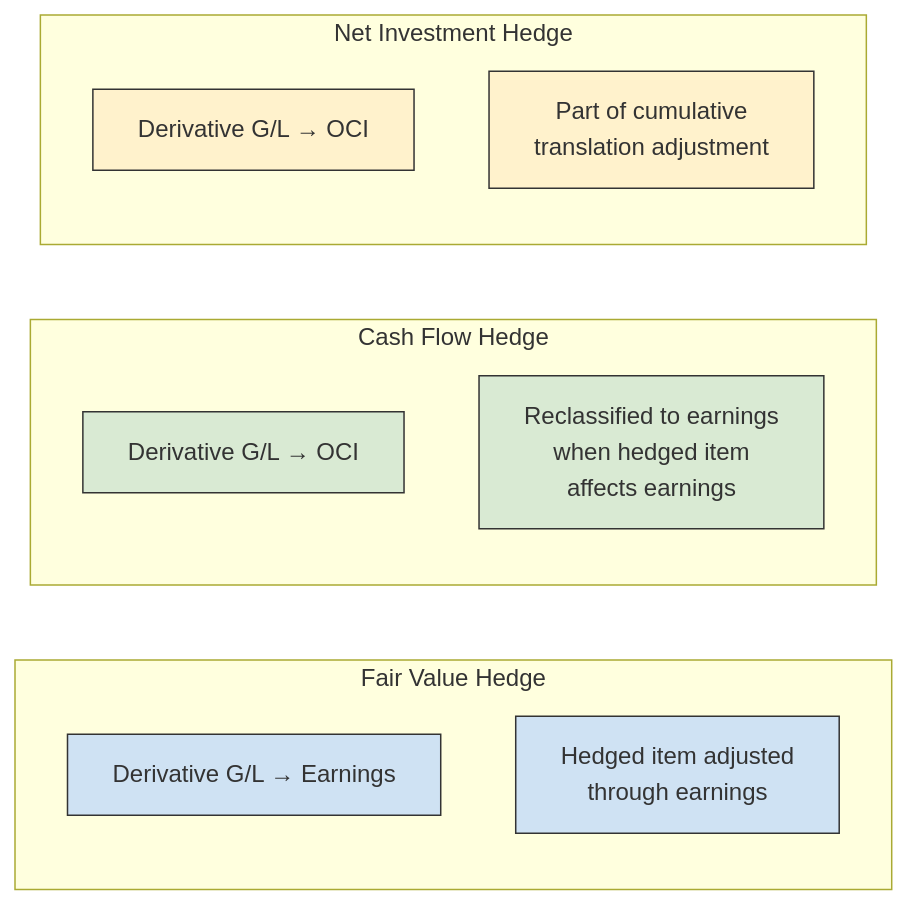
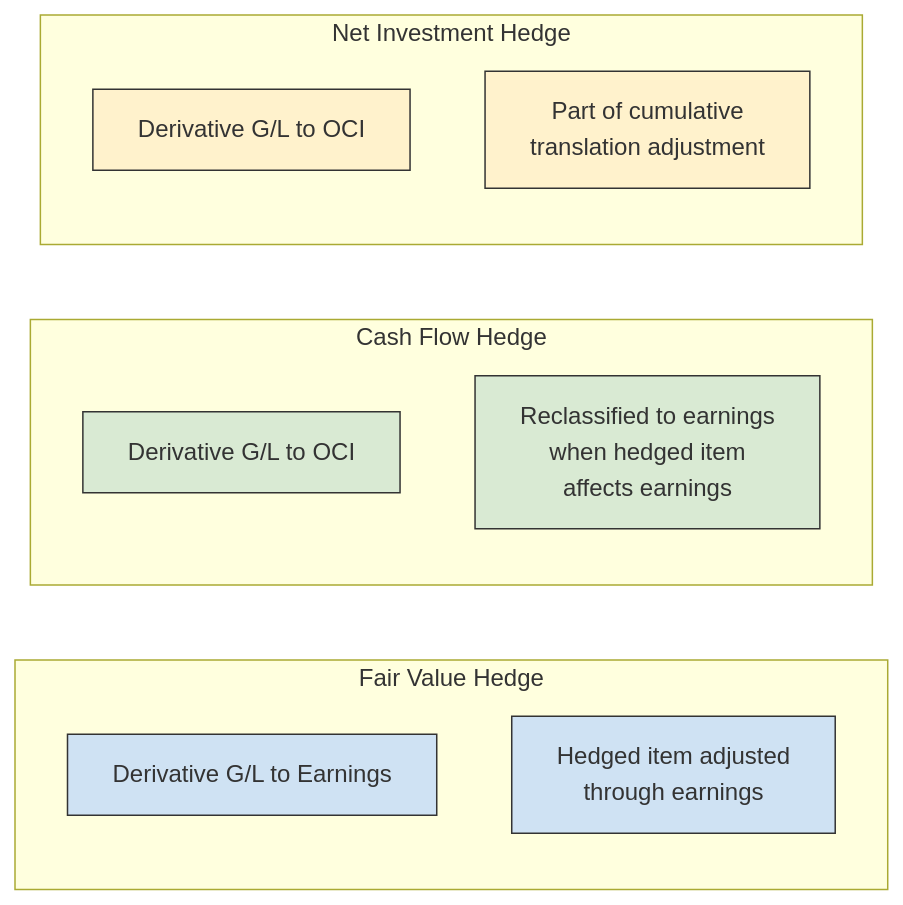
The third of 5 diagrams in docs/bar/technical-accounting-combinations-and-reporting/derivatives-and-hedge-accounting.md (subwaymatch/cpabear-book), drawn with Mermaid before and after one commit. The commit also changed other lines of this file and 222 other files, not shown here.

````diff
--- a/docs/bar/technical-accounting-combinations-and-reporting/derivatives-and-hedge-accounting.md
+++ b/docs/bar/technical-accounting-combinations-and-reporting/derivatives-and-hedge-accounting.md
@@ -129,21 +129,21 @@
 ```mermaid
 graph LR
     subgraph "Fair Value Hedge"
-        FV1["Derivative G/L → Earnings"]
+        FV1["Derivative G/L to Earnings"]
         FV2["Hedged item adjusted<br/>through earnings"]
     end
     subgraph "Cash Flow Hedge"
-        CF1["Derivative G/L → OCI"]
+        CF1["Derivative G/L to OCI"]
         CF2["Reclassified to earnings<br/>when hedged item<br/>affects earnings"]
     end
     subgraph "Net Investment Hedge"
-        NI1["Derivative G/L → OCI"]
+        NI1["Derivative G/L to OCI"]
         NI2["Part of cumulative<br/>translation adjustment"]
     end
     style FV1 fill:#cfe2f3,stroke:#333
     style FV2 fill:#cfe2f3,stroke:#333
     style CF1 fill:#d9ead3,stroke:#333
     style CF2 fill:#d9ead3,stroke:#333
     style NI1 fill:#fff2cc,stroke:#333
     style NI2 fill:#fff2cc,stroke:#333
 ```
````
